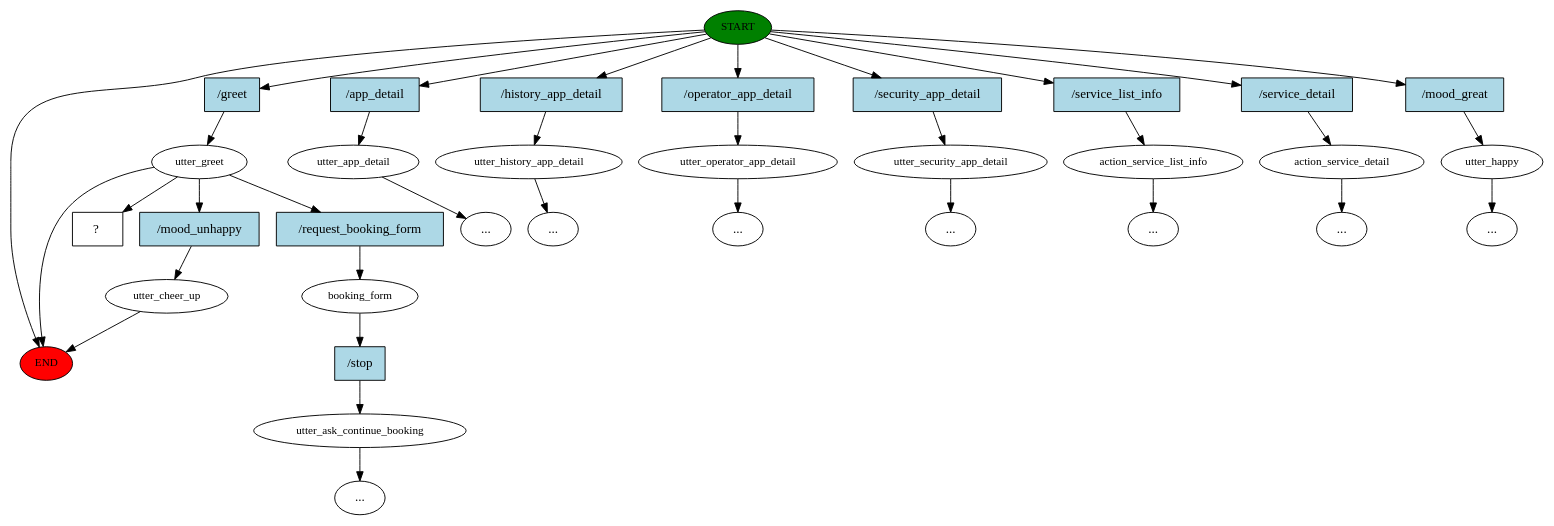
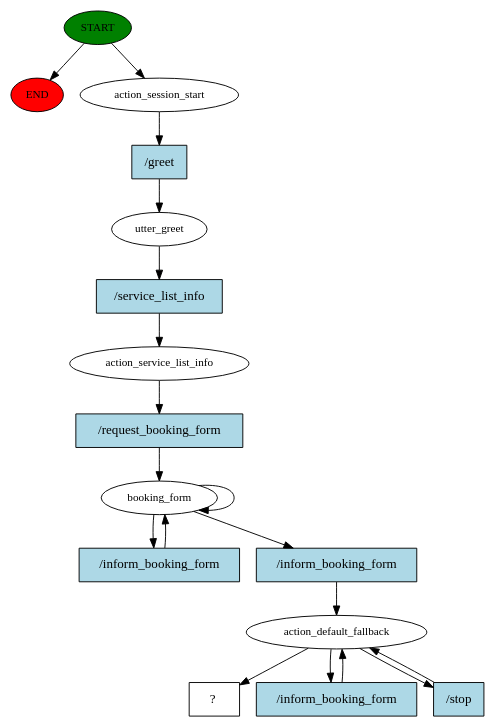
Before and after one commit to fedeStaffo/ChatBot_Rasa: the diagram in story_graph.dot, drawn with Graphviz. The commit also changed 16 other files, not shown here.

Commit message:
Add stories. Refactor actions with Duckling support. Booking Form now works for "cucinare" service

```diff
--- a/story_graph.dot
+++ b/story_graph.dot
@@ -1,69 +1,35 @@
 digraph  {
 0 [class="start active", fillcolor=green, fontsize=12, label=START, style=filled];
 "-1" [class=end, fillcolor=red, fontsize=12, label=END, style=filled];
-1 [class=active, fontsize=12, label=utter_greet];
-2 [class="", fontsize=12, label=booking_form];
-3 [class="", fontsize=12, label=utter_ask_continue_booking];
-"-4" [class=ellipsis, label="..."];
-7 [class="", fontsize=12, label=utter_app_detail];
-"-5" [class=ellipsis, label="..."];
-8 [class="", fontsize=12, label=utter_history_app_detail];
-"-6" [class=ellipsis, label="..."];
-9 [class="", fontsize=12, label=utter_operator_app_detail];
-"-7" [class=ellipsis, label="..."];
-10 [class="", fontsize=12, label=utter_security_app_detail];
-"-8" [class=ellipsis, label="..."];
-11 [class="", fontsize=12, label=action_service_list_info];
-"-9" [class=ellipsis, label="..."];
-12 [class="", fontsize=12, label=action_service_detail];
-"-10" [class=ellipsis, label="..."];
-14 [class="", fontsize=12, label=utter_happy];
-"-11" [class=ellipsis, label="..."];
-16 [class="", fontsize=12, label=utter_cheer_up];
-18 [class="intent dashed active", label="  ?  ", shape=rect];
-19 [class="intent active", fillcolor=lightblue, label="/greet", shape=rect, style=filled];
-20 [class=intent, fillcolor=lightblue, label="/app_detail", shape=rect, style=filled];
-21 [class=intent, fillcolor=lightblue, label="/history_app_detail", shape=rect, style=filled];
-22 [class=intent, fillcolor=lightblue, label="/operator_app_detail", shape=rect, style=filled];
-23 [class=intent, fillcolor=lightblue, label="/security_app_detail", shape=rect, style=filled];
-24 [class=intent, fillcolor=lightblue, label="/service_list_info", shape=rect, style=filled];
-25 [class=intent, fillcolor=lightblue, label="/service_detail", shape=rect, style=filled];
-26 [class=intent, fillcolor=lightblue, label="/mood_great", shape=rect, style=filled];
-27 [class=intent, fillcolor=lightblue, label="/request_booking_form", shape=rect, style=filled];
-28 [class=intent, fillcolor=lightblue, label="/mood_unhappy", shape=rect, style=filled];
-29 [class=intent, fillcolor=lightblue, label="/stop", shape=rect, style=filled];
+1 [class=active, fontsize=12, label=action_session_start];
+2 [class=active, fontsize=12, label=utter_greet];
+3 [class=active, fontsize=12, label=action_service_list_info];
+4 [class=active, fontsize=12, label=booking_form];
+8 [class=active, fontsize=12, label=action_default_fallback];
+12 [class="intent dashed active", label="  ?  ", shape=rect];
+13 [class="intent active", fillcolor=lightblue, label="/greet", shape=rect, style=filled];
+14 [class="intent active", fillcolor=lightblue, label="/service_list_info", shape=rect, style=filled];
+15 [class="intent active", fillcolor=lightblue, label="/request_booking_form", shape=rect, style=filled];
+16 [class="intent active", fillcolor=lightblue, label="/inform_booking_form", shape=rect, style=filled];
+17 [class="intent active", fillcolor=lightblue, label="/inform_booking_form", shape=rect, style=filled];
+18 [class="intent active", fillcolor=lightblue, label="/inform_booking_form", shape=rect, style=filled];
+19 [class="intent active", fillcolor=lightblue, label="/stop", shape=rect, style=filled];
 0 -> "-1"  [class="", key=NONE, label=""];
-0 -> 19  [class=active, key=0];
-0 -> 20  [class="", key=0];
-0 -> 21  [class="", key=0];
-0 -> 22  [class="", key=0];
-0 -> 23  [class="", key=0];
-0 -> 24  [class="", key=0];
-0 -> 25  [class="", key=0];
-0 -> 26  [class="", key=0];
-1 -> "-1"  [class="", key=NONE, label=""];
-1 -> 18  [class=active, key=NONE, label=""];
-1 -> 27  [class="", key=0];
-1 -> 28  [class="", key=0];
-2 -> 29  [class="", key=0];
-3 -> "-4"  [class="", key=NONE, label=""];
-7 -> "-5"  [class="", key=NONE, label=""];
-8 -> "-6"  [class="", key=NONE, label=""];
-9 -> "-7"  [class="", key=NONE, label=""];
-10 -> "-8"  [class="", key=NONE, label=""];
-11 -> "-9"  [class="", key=NONE, label=""];
-12 -> "-10"  [class="", key=NONE, label=""];
-14 -> "-11"  [class="", key=NONE, label=""];
-16 -> "-1"  [class="", key=NONE, label=""];
-19 -> 1  [class=active, key=0];
-20 -> 7  [class="", key=0];
-21 -> 8  [class="", key=0];
-22 -> 9  [class="", key=0];
-23 -> 10  [class="", key=0];
-24 -> 11  [class="", key=0];
-25 -> 12  [class="", key=0];
-26 -> 14  [class="", key=0];
-27 -> 2  [class="", key=0];
-28 -> 16  [class="", key=0];
-29 -> 3  [class="", key=0];
+0 -> 1  [class=active, key=NONE, label=""];
+1 -> 13  [class=active, key=0];
+2 -> 14  [class=active, key=0];
+3 -> 15  [class=active, key=0];
+4 -> 4  [class=active, key=NONE, label=""];
+4 -> 16  [class=active, key=0];
+4 -> 17  [class=active, key=0];
+8 -> 12  [class=active, key=NONE, label=""];
+8 -> 18  [class=active, key=0];
+8 -> 19  [class=active, key=0];
+13 -> 2  [class=active, key=0];
+14 -> 3  [class=active, key=0];
+15 -> 4  [class=active, key=0];
+16 -> 4  [class=active, key=0];
+17 -> 8  [class=active, key=0];
+18 -> 8  [class=active, key=0];
+19 -> 8  [class=active, key=0];
 }
```
